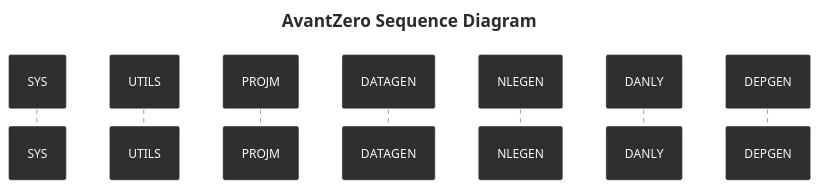
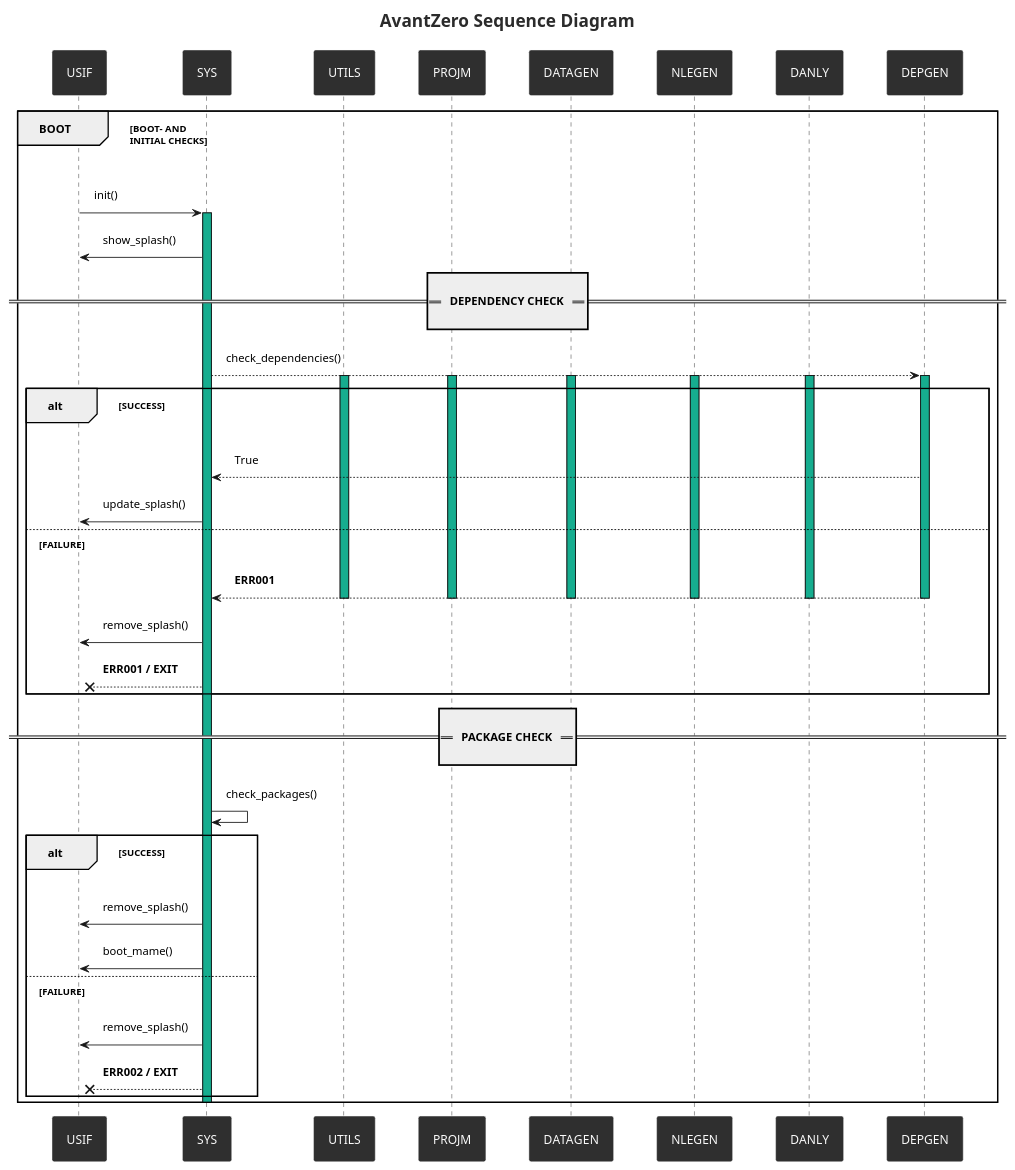
Before and after one commit to jiyorude/avantzero: the diagram in docs/UML/Sequence Diagram/avantzero_sequence_diagram.puml, drawn with PlantUML.

Commit message:
25/07 14:05
WIP Sequence diagram: bootloader

```diff
--- a/docs/UML/Sequence Diagram/avantzero_sequence_diagram.puml
+++ b/docs/UML/Sequence Diagram/avantzero_sequence_diagram.puml
@@ -1,29 +1,71 @@
 @startuml AvantZeroSequenceDiagram
-
 title AvantZero Sequence Diagram
 
 skinparam {
     title {
         FontColor #2b2b2b
         FontName Arial
         FontSize 20
     }
     participant {
         BackgroundColor #2f2f2f
         FontColor #fafafa
         BorderColor #fafafa
-        fontSize 14
+        FontSize 14
         FontName Arial
     }
-    padding 15
+    padding 10
     participantPadding 20
 }
 
+
+participant USIF
 participant SYS
 participant UTILS
 participant PROJM
 participant DATAGEN
 participant NLEGEN
 participant DANLY
 participant DEPGEN
+
+group BOOT [BOOT- AND\nINITIAL CHECKS]
+    USIF -> SYS : init() 
+    activate SYS #16ad8f
+    SYS -> USIF : show_splash()
+    ====DEPENDENCY CHECK====
+    SYS --> DEPGEN : check_dependencies()
+    activate UTILS #16ad8f
+    activate PROJM #16ad8f
+    activate DATAGEN #16ad8f
+    activate NLEGEN #16ad8f
+    activate DANLY #16ad8f
+    activate DEPGEN #16ad8f
+    alt SUCCESS
+    DEPGEN --> SYS : True
+    SYS -> USIF : update_splash()
+    else FAILURE
+    DEPGEN --> SYS: <b>ERR001</b>
+    deactivate UTILS
+    deactivate PROJM
+    deactivate NLEGEN
+    deactivate DATAGEN
+    deactivate DANLY
+    deactivate DEPGEN
+    SYS -> USIF : remove_splash()
+    SYS --x USIF : <b>ERR001 / EXIT</b>
+    end
+    ====PACKAGE CHECK====
+    SYS -> SYS : check_packages()
+    alt SUCCESS
+    SYS -> USIF : remove_splash()
+    SYS -> USIF : boot_mame()
+    else FAILURE
+    SYS -> USIF : remove_splash()
+    SYS --x USIF : <b>ERR002 / EXIT</b>
+    end
+    deactivate SYS
+end
+
+
+
 @enduml
```
